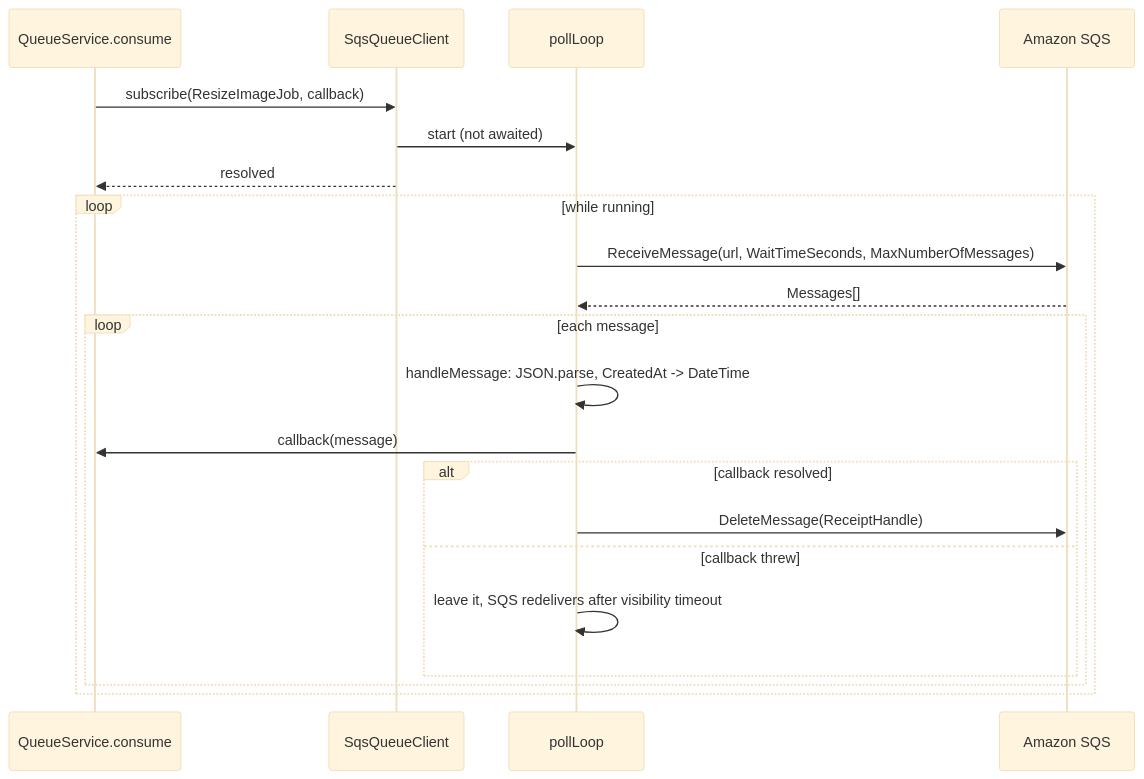
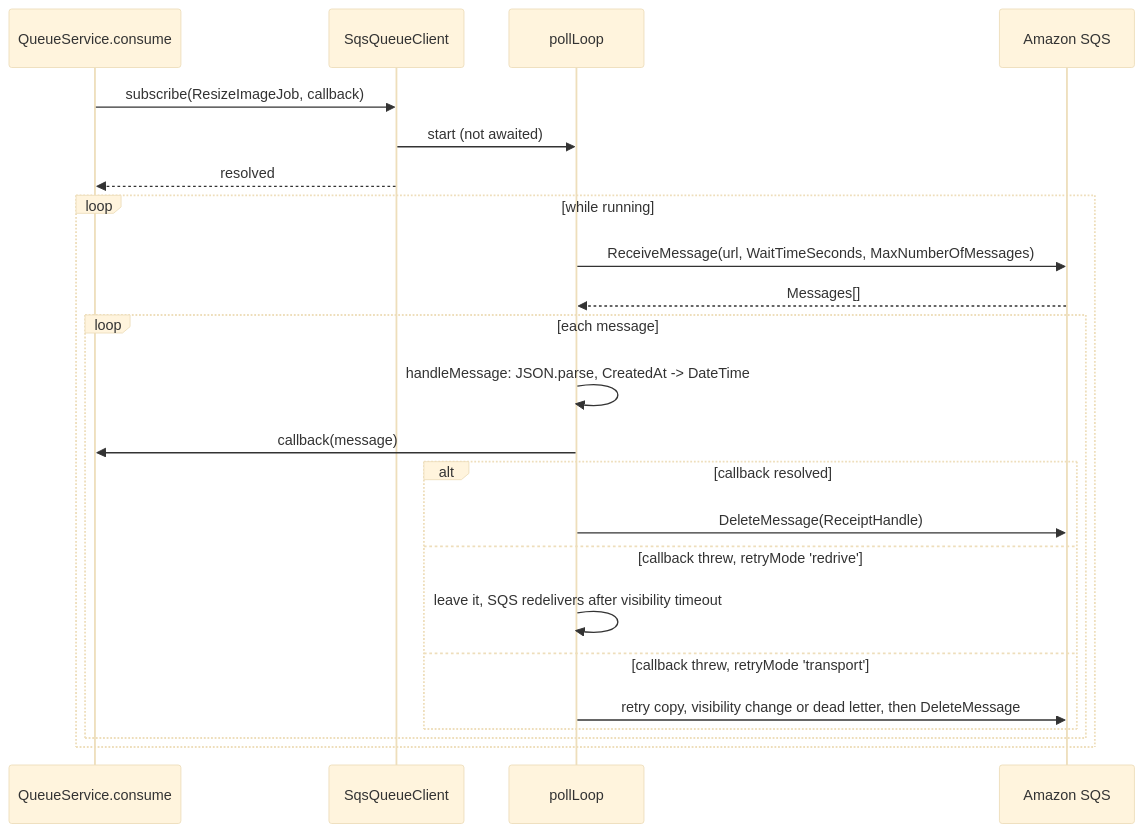
Before and after one commit to spinajs/main: the diagram in docs/queue-sqs-transport/03-consuming-messages.md, drawn with Mermaid (base theme). The commit also changed other lines of this file and 13 other files, not shown here.

Commit message:
feat(queue-sqs-transport): transport retry mode on the shared delivery decision

````diff
--- a/docs/queue-sqs-transport/03-consuming-messages.md
+++ b/docs/queue-sqs-transport/03-consuming-messages.md
@@ -25,23 +25,25 @@
 ```mermaid
 sequenceDiagram
   participant QS as QueueService.consume
   participant C as SqsQueueClient
   participant L as pollLoop
   participant SQS as Amazon SQS
   QS->>C: subscribe(ResizeImageJob, callback)
   C->>L: start (not awaited)
   C-->>QS: resolved
   loop while running
     L->>SQS: ReceiveMessage(url, WaitTimeSeconds, MaxNumberOfMessages)
     SQS-->>L: Messages[]
     loop each message
       L->>L: handleMessage: JSON.parse, CreatedAt -> DateTime
       L->>QS: callback(message)
       alt callback resolved
         L->>SQS: DeleteMessage(ReceiptHandle)
-      else callback threw
+      else callback threw, retryMode 'redrive'
         L->>L: leave it, SQS redelivers after visibility timeout
+      else callback threw, retryMode 'transport'
+        L->>SQS: retry copy, visibility change or dead letter, then DeleteMessage
       end
     end
   end
 ```
````
